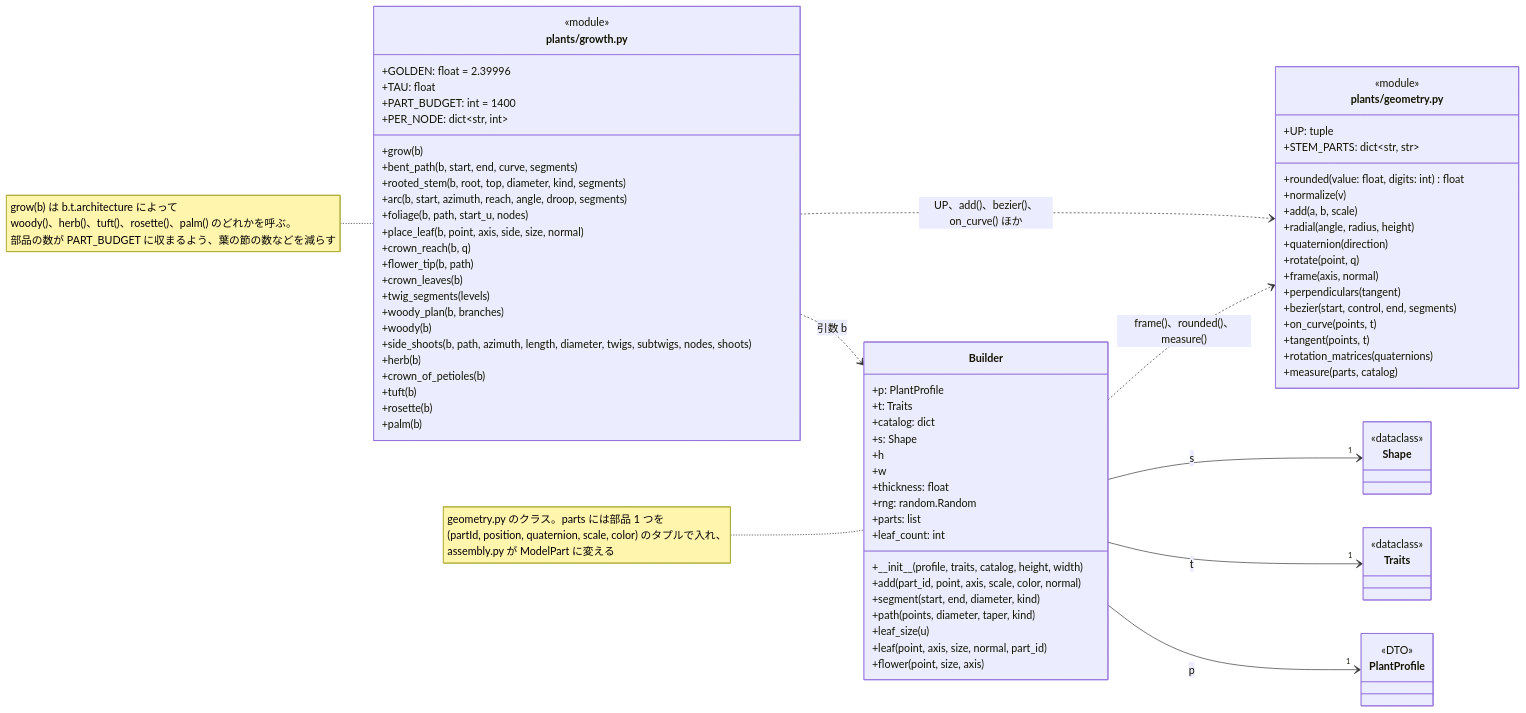
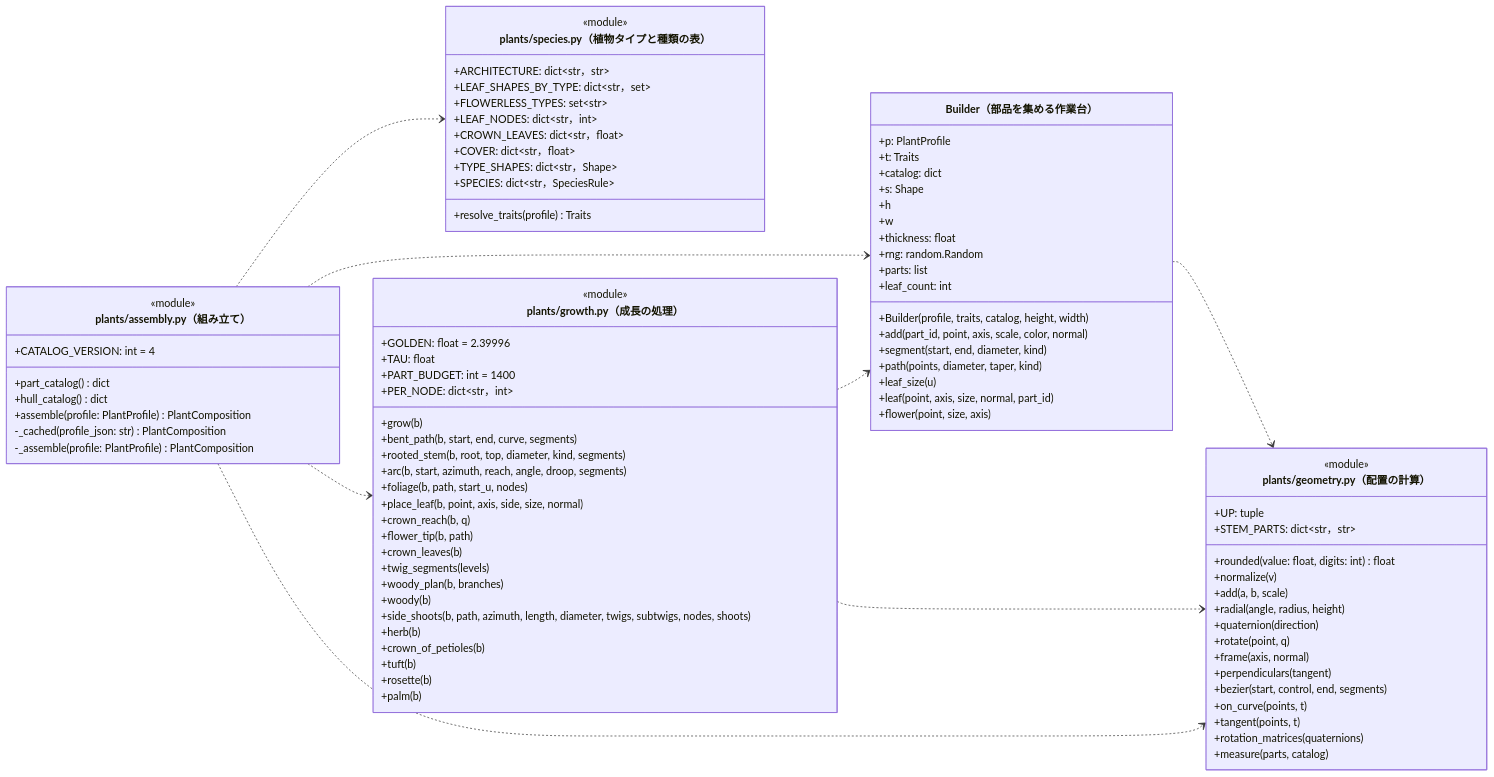
The fourth of 7 diagrams in クラス図/kusakari-canvas/03_植物モデル.md (abeouga/kusakari-document), drawn with Mermaid before and after one commit. The commit also changed other lines of this file and 40 other files, not shown here.

Commit message:
Canvas のクラス図に全体図を足し、詳細図をデータとモジュールの図に分けて書き直す

````diff
--- a/クラス図/kusakari-canvas/03_植物モデル.md
+++ b/クラス図/kusakari-canvas/03_植物モデル.md
@@ -334,12 +356,34 @@
 ```mermaid
 classDiagram
     direction LR
-    class plants_growth["plants/growth.py"] {
+
+    class plants_assembly["plants/assembly.py（組み立て）"] {
+        <<module>>
+        +CATALOG_VERSION: int = 4
+        +part_catalog() dict
+        +hull_catalog() dict
+        +assemble(profile: PlantProfile) PlantComposition
+        -_cached(profile_json: str) PlantComposition
+        -_assemble(profile: PlantProfile) PlantComposition
+    }
+    class plants_species["plants/species.py（植物タイプと種類の表）"] {
+        <<module>>
+        +ARCHITECTURE: dict~str，str~
+        +LEAF_SHAPES_BY_TYPE: dict~str，set~
+        +FLOWERLESS_TYPES: set~str~
+        +LEAF_NODES: dict~str，int~
+        +CROWN_LEAVES: dict~str，float~
+        +COVER: dict~str，float~
+        +TYPE_SHAPES: dict~str，Shape~
+        +SPECIES: dict~str，SpeciesRule~
+        +resolve_traits(profile) Traits
+    }
+    class plants_growth["plants/growth.py（成長の処理）"] {
         <<module>>
         +GOLDEN: float = 2.39996
         +TAU: float
         +PART_BUDGET: int = 1400
-        +PER_NODE: dict~str#44; int~
+        +PER_NODE: dict~str，int~
         +grow(b)
         +bent_path(b, start, end, curve, segments)
         +rooted_stem(b, root, top, diameter, kind, segments)
@@ -359,11 +403,10 @@
         +rosette(b)
         +palm(b)
     }
-    note for plants_growth "grow(b) は b.t.architecture によって<br/>woody()、herb()、tuft()、rosette()、palm() のどれかを呼ぶ。<br/>部品の数が PART_BUDGET に収まるよう、葉の節の数などを減らす"
-    class plants_geometry["plants/geometry.py"] {
+    class plants_geometry["plants/geometry.py（配置の計算）"] {
         <<module>>
         +UP: tuple
-        +STEM_PARTS: dict~str#44; str~
+        +STEM_PARTS: dict~str，str~
         +rounded(value: float, digits: int) float
         +normalize(v)
         +add(a, b, scale)
@@ -378,7 +421,7 @@
         +rotation_matrices(quaternions)
         +measure(parts, catalog)
     }
-    class Builder {
+    class Builder["Builder（部品を集める作業台）"] {
         +p: PlantProfile
         +t: Traits
         +catalog: dict
@@ -389,7 +432,7 @@
         +rng: random.Random
         +parts: list
         +leaf_count: int
-        +#95;#95;init#95;#95;(profile, traits, catalog, height, width)
+        +Builder(profile, traits, catalog, height, width)
         +add(part_id, point, axis, scale, color, normal)
         +segment(start, end, diameter, kind)
         +path(points, diameter, taper, kind)
@@ -397,18 +440,12 @@
         +leaf(point, axis, size, normal, part_id)
         +flower(point, size, axis)
     }
-    note for Builder "geometry.py のクラス。parts には部品 1 つを<br/>(partId, position, quaternion, scale, color) のタプルで入れ、<br/>assembly.py が ModelPart に変える"
-    class PlantProfile
-    <<DTO>> PlantProfile
-    class Traits
-    <<dataclass>> Traits
-    class Shape
-    <<dataclass>> Shape
 
-    plants_growth ..> Builder : 引数 b
-    plants_growth ..> plants_geometry : UP、add()、bezier()、on_curve() ほか
-    Builder --> "1" PlantProfile : p
-    Builder --> "1" Traits : t
-    Builder --> "1" Shape : s
-    Builder ..> plants_geometry : frame()、rounded()、measure()
+    plants_assembly ..> plants_species
+    plants_assembly ..> Builder
+    plants_assembly ..> plants_growth
+    plants_assembly ..> plants_geometry
+    plants_growth ..> Builder
+    plants_growth ..> plants_geometry
+    Builder ..> plants_geometry
 ```
````
